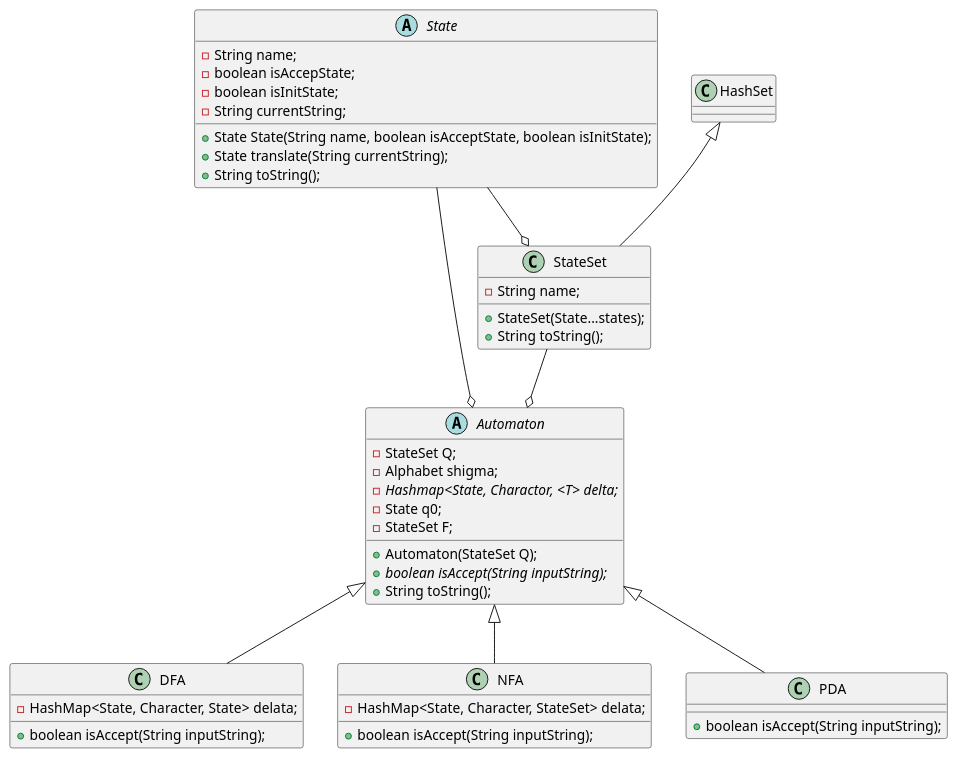
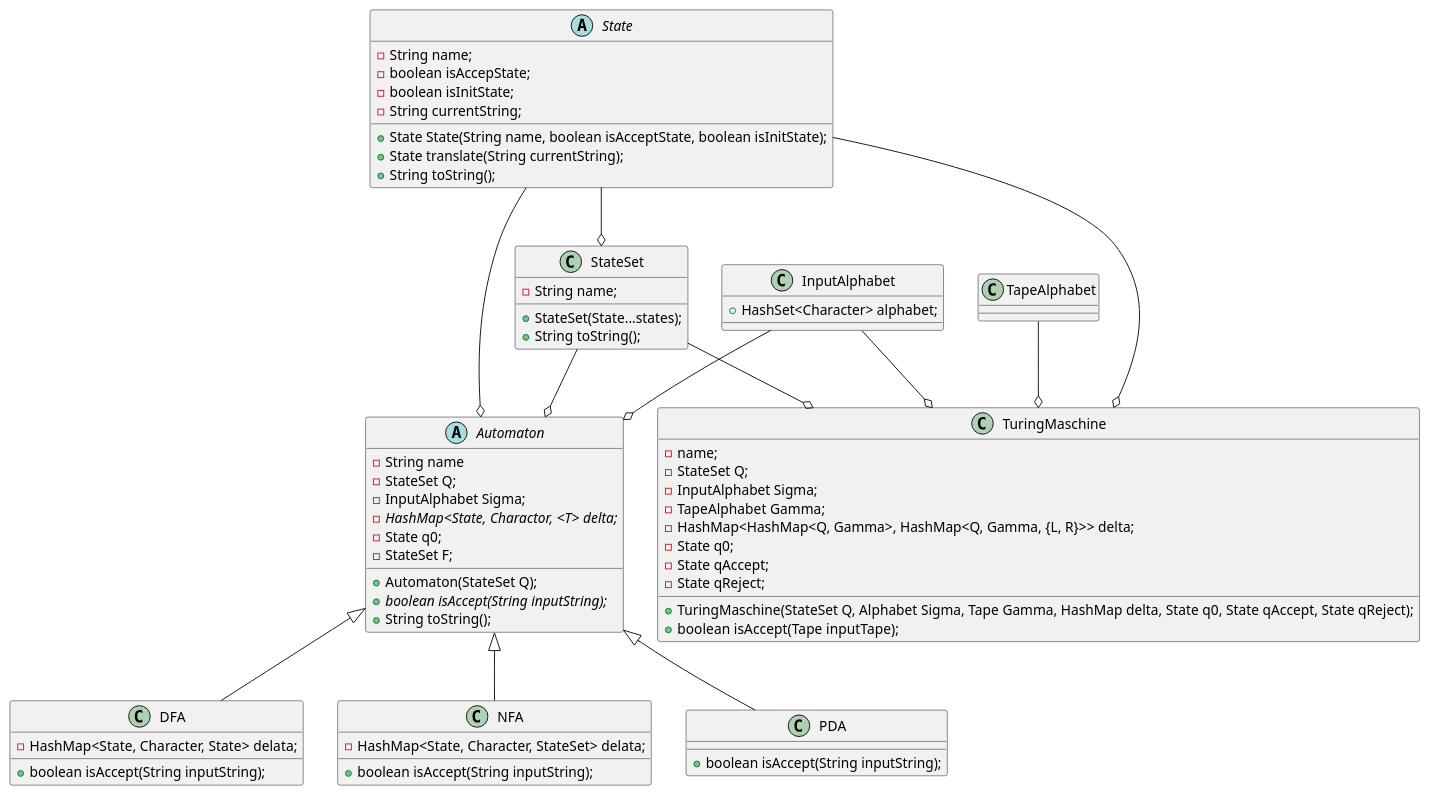
One commit to okn-yu/ComputationalComplexityTheory changed the diagram in Automaton.puml. Above: the diagram before and after it, drawn with PlantUML. The commit also changed 1 other file, not shown here.

```diff
--- a/Automaton.puml
+++ b/Automaton.puml
@@ -1,61 +1,83 @@
 @startuml
 
+InputAlphabet --o Automaton
 State --o Automaton
 StateSet --o Automaton
 
 abstract Automaton{
-
+- String name
 - StateSet Q;
-- Alphabet shigma;
-- {abstract} Hashmap<State, Charactor, <T> delta;
+- InputAlphabet Sigma;
+- {abstract} HashMap<State, Charactor, <T> delta;
 - State q0;
 - StateSet F;
 
 + Automaton(StateSet Q);
 + {abstract} boolean isAccept(String inputString);
 + String toString();
 
+}
+
+class InputAlphabet{
++ HashSet<Character> alphabet;
 }
 
 abstract State{
 - String name;
 - boolean isAccepState;
 - boolean isInitState;
 - String currentString;
 
 + State State(String name, boolean isAcceptState, boolean isInitState);
 + State translate(String currentString);
 + String toString();
 }
 
-class HashSet
 
-HashSet <|-- StateSet
 State --o StateSet
 
 class StateSet{
 - String name;
 
 + StateSet(State...states);
 + String toString();
 
 }
 
 Automaton <|-- DFA
 class DFA{
 - HashMap<State, Character, State> delata;
 + boolean isAccept(String inputString);
 }
 
 Automaton <|-- NFA
 class NFA{
 - HashMap<State, Character, StateSet> delata;
 + boolean isAccept(String inputString);
 }
 
 Automaton <|-- PDA
 class PDA{
 + boolean isAccept(String inputString);
 }
 
+InputAlphabet --o TuringMaschine
+State --o TuringMaschine
+StateSet --o TuringMaschine
+TapeAlphabet --o TuringMaschine
+
+class TuringMaschine{
+- name;
+- StateSet Q;
+- InputAlphabet Sigma;
+- TapeAlphabet Gamma;
+- HashMap<HashMap<Q, Gamma>, HashMap<Q, Gamma, {L, R}>> delta;
+- State q0;
+- State qAccept;
+- State qReject;
+
++ TuringMaschine(StateSet Q, Alphabet Sigma, Tape Gamma, HashMap delta, State q0, State qAccept, State qReject);
++ boolean isAccept(Tape inputTape);
+}
+
 @enduml
```
